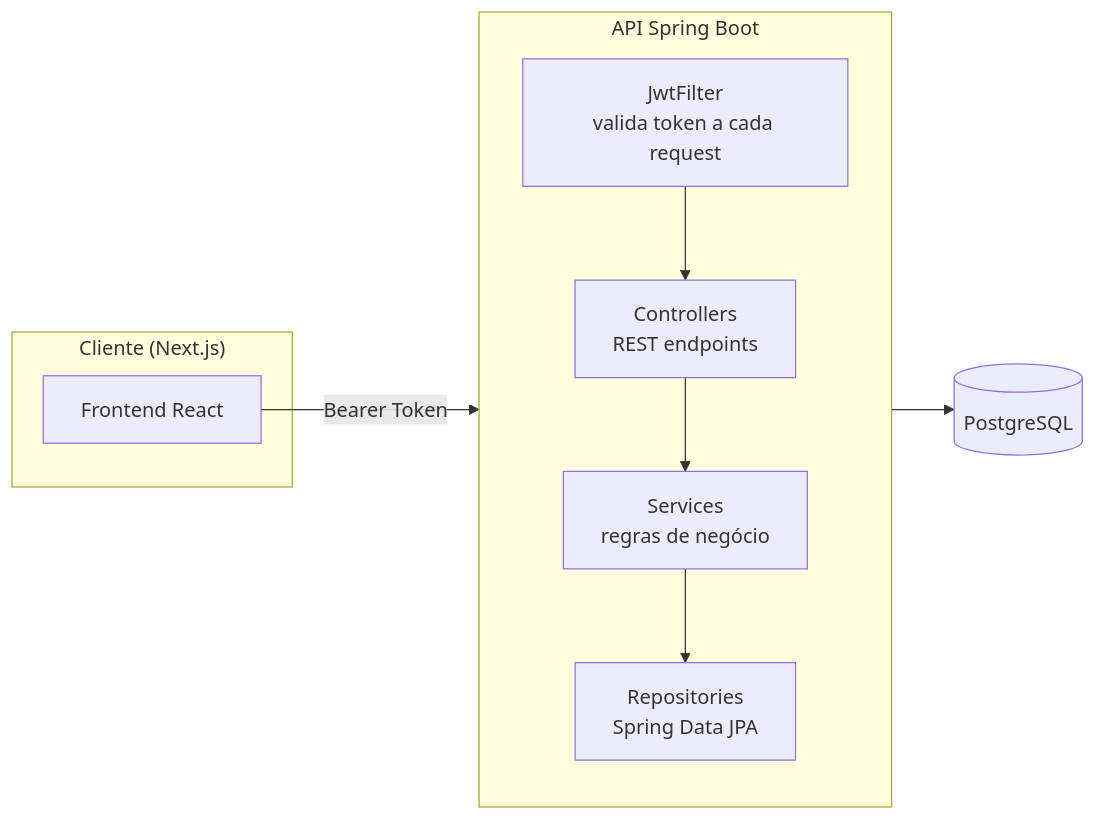
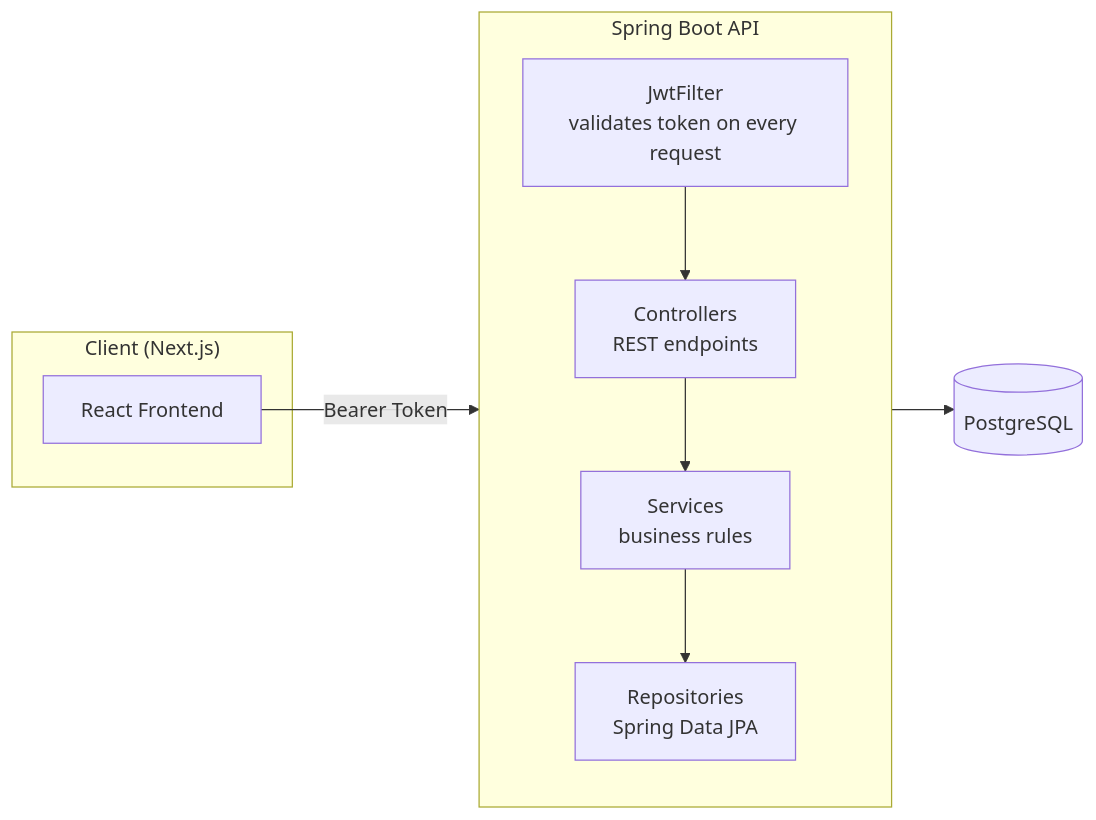
One commit to leonardondornelles/saasooh-backend changed the first of 2 diagrams in README.md. Above: the diagram before and after it, drawn with Mermaid. The commit also changed other lines of this file, not shown here.

````diff
--- a/README.md
+++ b/README.md
@@ -35,22 +35,22 @@
 ```mermaid
 flowchart LR
-    subgraph Client["Cliente (Next.js)"]
-        FE[Frontend React]
+    subgraph Client["Client (Next.js)"]
+        FE[React Frontend]
     end
 
-    subgraph API["API Spring Boot"]
+    subgraph API["Spring Boot API"]
         direction TB
-        JWT[JwtFilter<br/>valida token a cada request]
+        JWT[JwtFilter<br/>validates token on every request]
         CTRL[Controllers<br/>REST endpoints]
-        SVC[Services<br/>regras de negócio]
+        SVC[Services<br/>business rules]
         REPO[Repositories<br/>Spring Data JPA]
     end
 
     DB[(PostgreSQL)]
 
     FE -- "Bearer Token" --> JWT
     JWT --> CTRL
     CTRL --> SVC
     SVC --> REPO
     REPO --> DB
 ```
````
